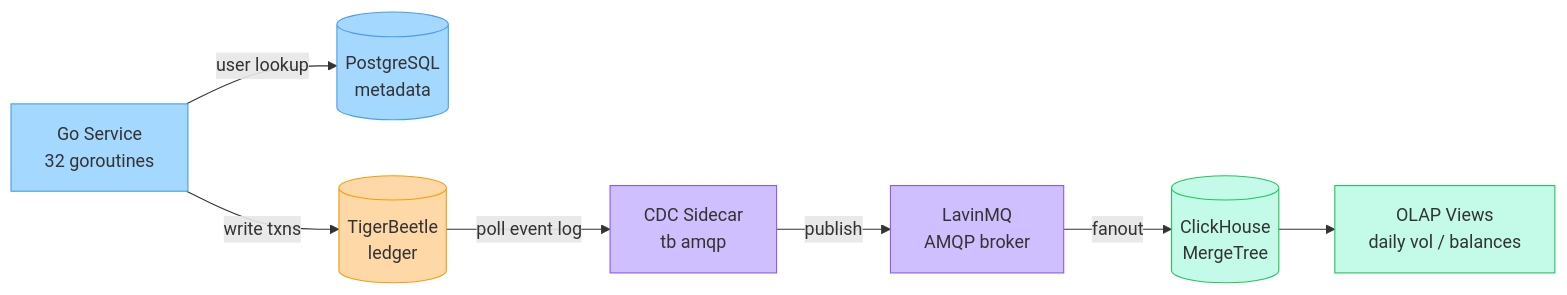
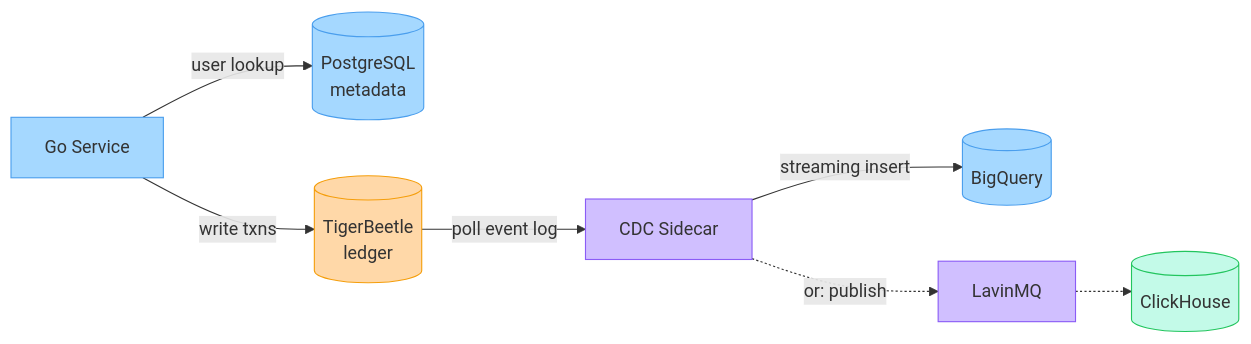
One commit to shihangw/playground-ledger changed the first of 4 diagrams in docs/_posts/2026-03-27-deep-dive-tigerbeetle.md. Above: the diagram before and after it, drawn with Mermaid. The commit also changed other lines of this file, not shown here.

First line of the commit message:
CDC: add BigQuery vs ClickHouse comparison, explain why CDC over double-write

```diff
--- a/docs/_posts/2026-03-27-deep-dive-tigerbeetle.md
+++ b/docs/_posts/2026-03-27-deep-dive-tigerbeetle.md
@@ -24,17 +24,16 @@
 <div class="mermaid">
 graph LR
-    A[Go Service<br/>32 goroutines] -->|user lookup| B[(PostgreSQL<br/>metadata)]
+    A[Go Service] -->|user lookup| B[(PostgreSQL<br/>metadata)]
     A -->|write txns| C[(TigerBeetle<br/>ledger)]
-    C -->|poll event log| D[CDC Sidecar<br/>tb amqp]
-    D -->|publish| E[LavinMQ<br/>AMQP broker]
-    E -->|fanout| F[(ClickHouse<br/>MergeTree)]
-    F --> G[OLAP Views<br/>daily vol / balances]
+    C -->|poll event log| D[CDC Sidecar]
+    D -->|streaming insert| BQ[(BigQuery)]
+    D -.->|or: publish| E[LavinMQ] -.-> CH[(ClickHouse)]
 
     style C fill:#ffd8a8,stroke:#f59e0b
     style B fill:#a5d8ff,stroke:#4a9eed
-    style F fill:#c3fae8,stroke:#22c55e
+    style BQ fill:#a5d8ff,stroke:#4a9eed
+    style CH fill:#c3fae8,stroke:#22c55e
     style D fill:#d0bfff,stroke:#8b5cf6
     style E fill:#d0bfff,stroke:#8b5cf6
     style A fill:#a5d8ff,stroke:#4a9eed
-    style G fill:#c3fae8,stroke:#22c55e
 </div>
```
